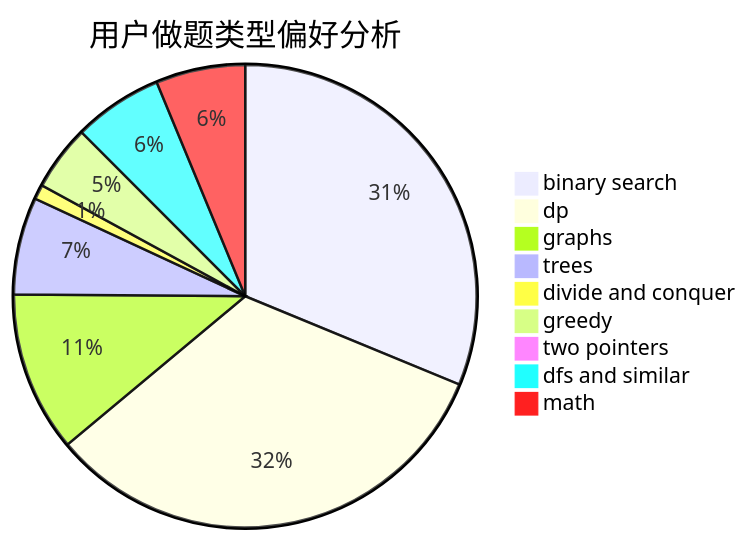
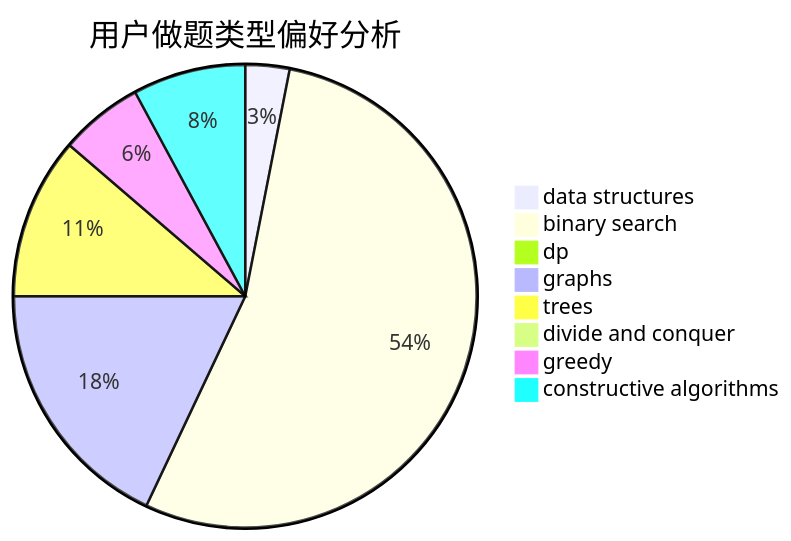
One commit to sherpahu/cfrs.github.io changed the second of 3 diagrams in docs/user/u1281.md. Above: the diagram before and after it, drawn with Mermaid. The commit also changed other lines of this file and 2775 other files, not shown here.

````diff
--- a/docs/user/u1281.md
+++ b/docs/user/u1281.md
@@ -23,12 +23,11 @@
 ```mermaid
 pie title 用户做题类型偏好分析
-    "binary search" :  335
-    "dp" :  351
-    "graphs" :  120
-    "trees" :  73
-    "divide and conquer" :  11
-    "greedy" :  49
-    "two pointers" :  8
-    "dfs and similar" :  67
-    "math" :  67
+    "data structures" :  18
+    "binary search" :  315
+    "dp" :  3
+    "graphs" :  105
+    "trees" :  66
+    "divide and conquer" :  0
+    "greedy" :  34
+    "constructive algorithms" :  46
 ```
````
